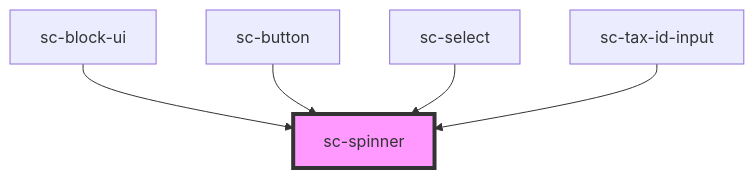
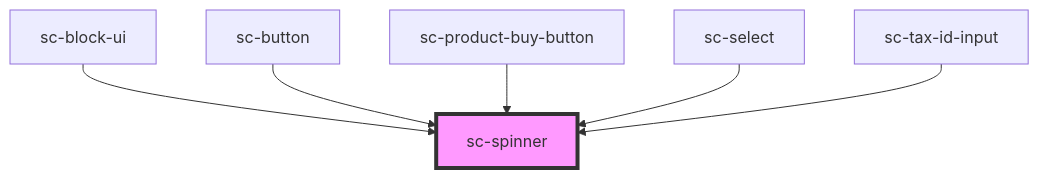
The diagram in packages/components/src/components/ui/spinner/readme.md (surecart/surecart-wp-plugin), drawn with Mermaid before and after one commit. The commit also changed other lines of this file and 10 other files, not shown here.

````diff
--- a/packages/components/src/components/ui/spinner/readme.md
+++ b/packages/components/src/components/ui/spinner/readme.md
@@ -32,8 +33,9 @@
 ```mermaid
 graph TD;
   sc-block-ui --> sc-spinner
   sc-button --> sc-spinner
+  sc-product-buy-button --> sc-spinner
   sc-select --> sc-spinner
   sc-tax-id-input --> sc-spinner
   style sc-spinner fill:#f9f,stroke:#333,stroke-width:4px
 ```
````
